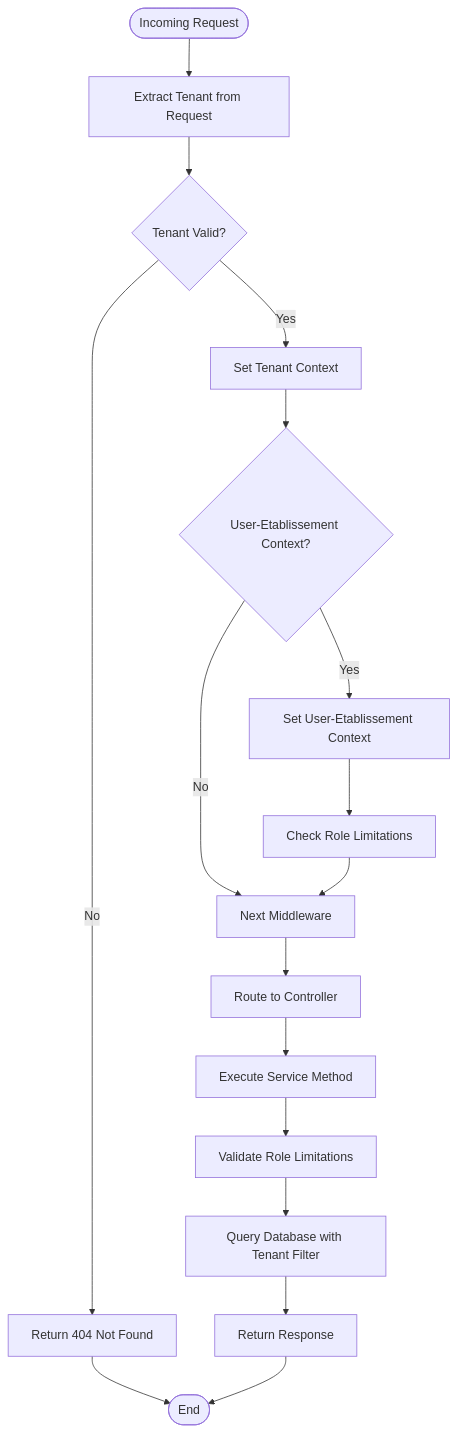
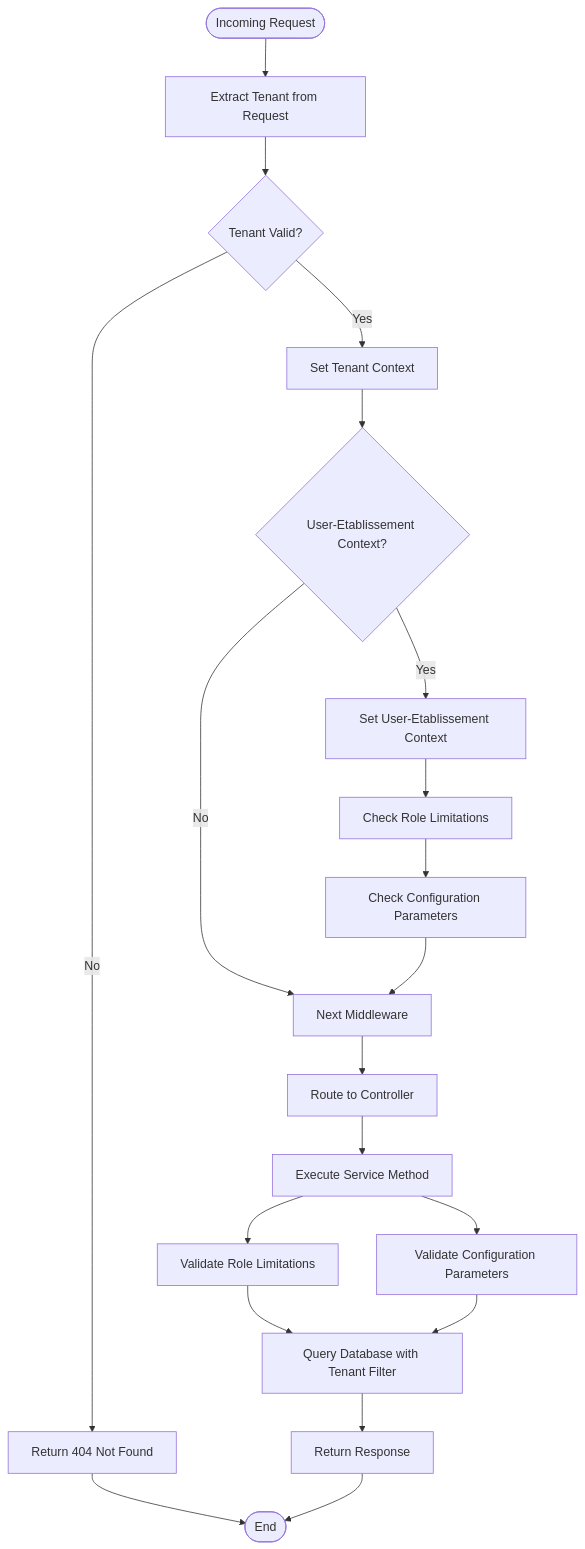
Diagram 11 of 19 in .qoder/repowiki/en/content/Modules & Features/Administrative Modules/Establishment Management.md (franckylab/eLISAschool), drawn with Mermaid before and after one commit. The commit also changed other lines of this file and 155 other files, not shown here.

````diff
--- a/.qoder/repowiki/en/content/Modules & Features/Administrative Modules/Establishment Management.md
+++ b/.qoder/repowiki/en/content/Modules & Features/Administrative Modules/Establishment Management.md
@@ -517,19 +658,22 @@
 ```mermaid
 flowchart TD
 Start([Incoming Request]) --> ExtractTenant["Extract Tenant from Request"]
 ExtractTenant --> ValidateTenant{"Tenant Valid?"}
 ValidateTenant --> |Yes| SetContext["Set Tenant Context"]
 SetContext --> CheckUserEtab{"User-Etablissement Context?"}
 CheckUserEtab --> |Yes| SetUserEtabContext["Set User-Etablissement Context"]
 CheckUserEtab --> |No| NextMW["Next Middleware"]
 ValidateTenant --> |No| Error404["Return 404 Not Found"]
 SetUserEtabContext --> CheckRoleLimitations["Check Role Limitations"]
-CheckRoleLimitations --> NextMW
+CheckRoleLimitations --> CheckConfigParams["Check Configuration Parameters"]
+CheckConfigParams --> NextMW
 NextMW --> Controller["Route to Controller"]
 Controller --> Service["Execute Service Method"]
 Service --> RoleLimitationCheck["Validate Role Limitations"]
+Service --> ConfigParamCheck["Validate Configuration Parameters"]
 RoleLimitationCheck --> Repository["Query Database with Tenant Filter"]
+ConfigParamCheck --> Repository
 Repository --> Response["Return Response"]
 Error404 --> End([End])
 Response --> End
 ```
````
